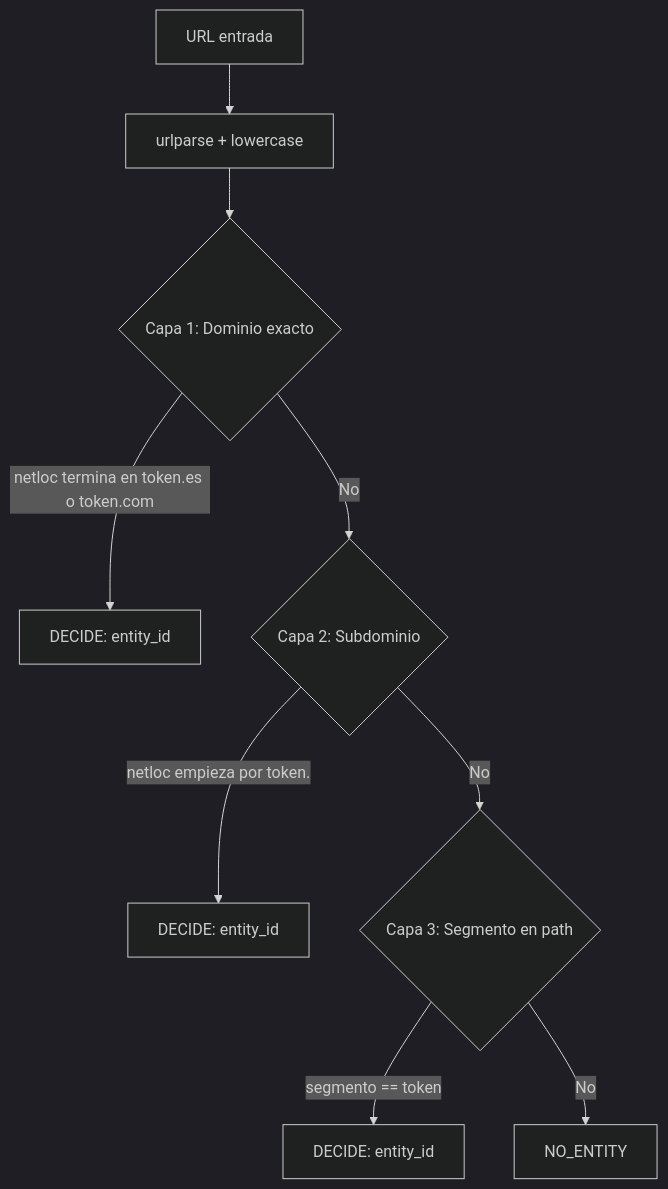
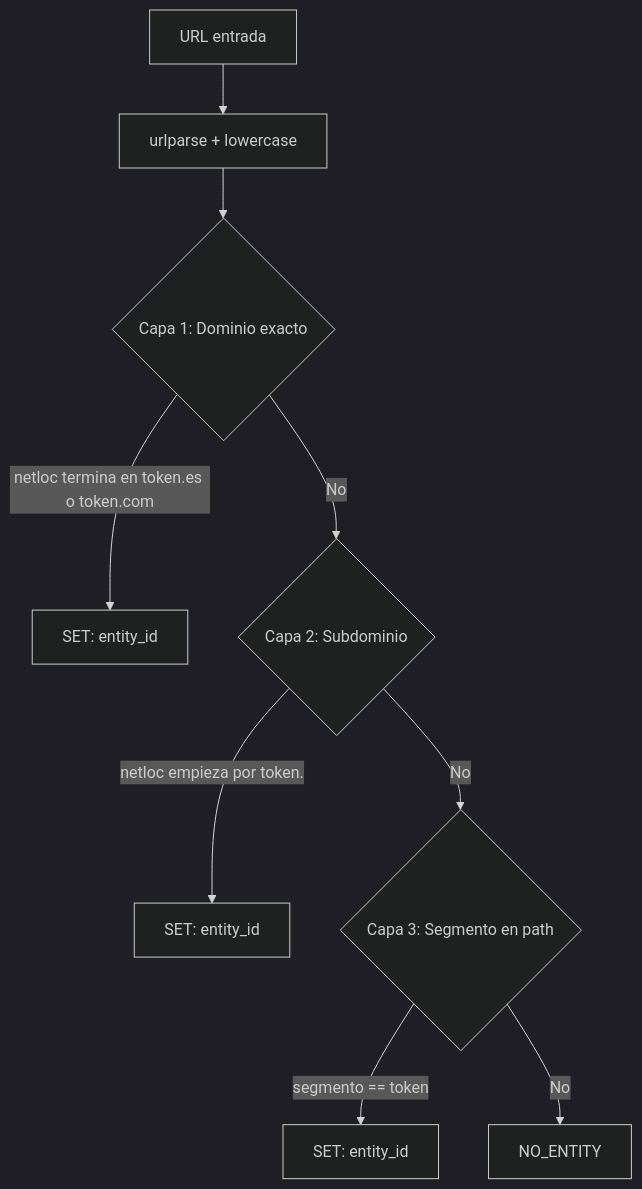
The diagram in docs/flow/detector_mecanico_v0.md (AlexusPacicus/Asignador_sector_entidad), drawn with Mermaid (dark theme) before and after one commit. The commit also changed other lines of this file, not shown here.

````diff
--- a/docs/flow/detector_mecanico_v0.md
+++ b/docs/flow/detector_mecanico_v0.md
@@ -13,11 +17,11 @@
 ```mermaid
 flowchart TD
     URL[URL entrada] --> Parse[urlparse + lowercase]
     Parse --> C1{Capa 1: Dominio exacto}
-    C1 -->|"netloc termina en token.es o token.com"| Detect1[DECIDE: entity_id]
+    C1 -->|"netloc termina en token.es o token.com"| Detect1[SET: entity_id]
     C1 -->|No| C2{Capa 2: Subdominio}
-    C2 -->|"netloc empieza por token."| Detect2[DECIDE: entity_id]
+    C2 -->|"netloc empieza por token."| Detect2[SET: entity_id]
     C2 -->|No| C3{Capa 3: Segmento en path}
-    C3 -->|"segmento == token"| Detect3[DECIDE: entity_id]
+    C3 -->|"segmento == token"| Detect3[SET: entity_id]
     C3 -->|No| NoEntity[NO_ENTITY]
 ```
````
